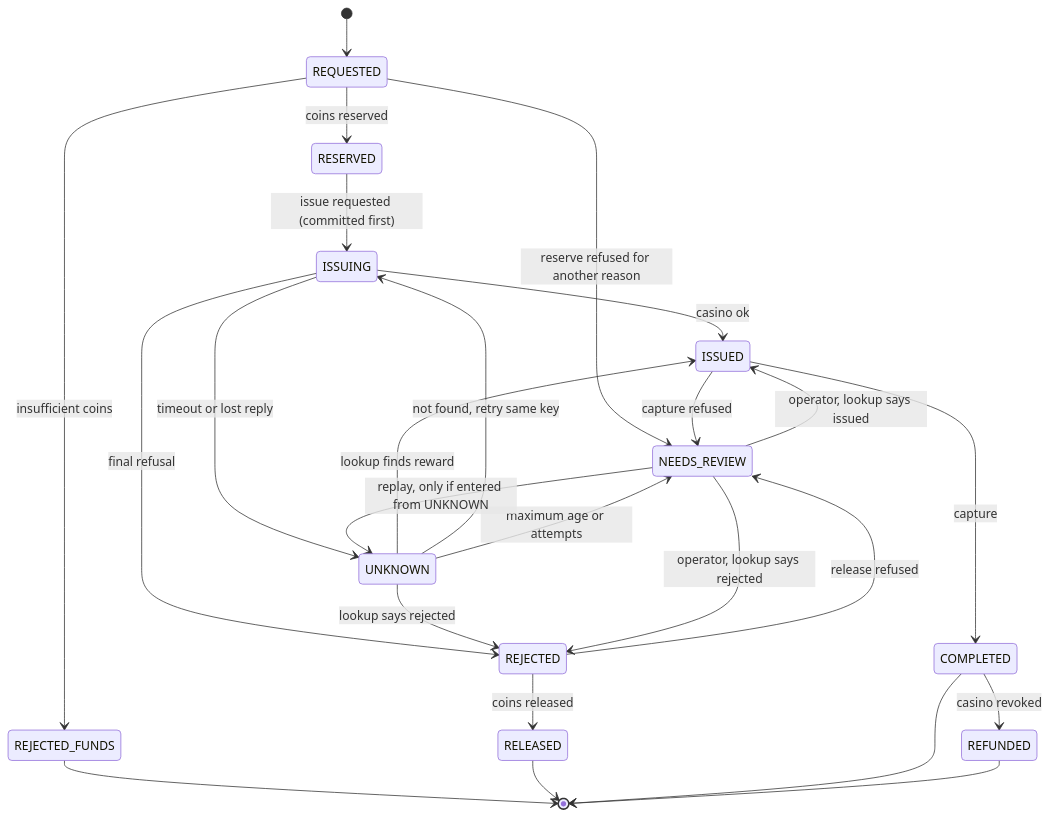
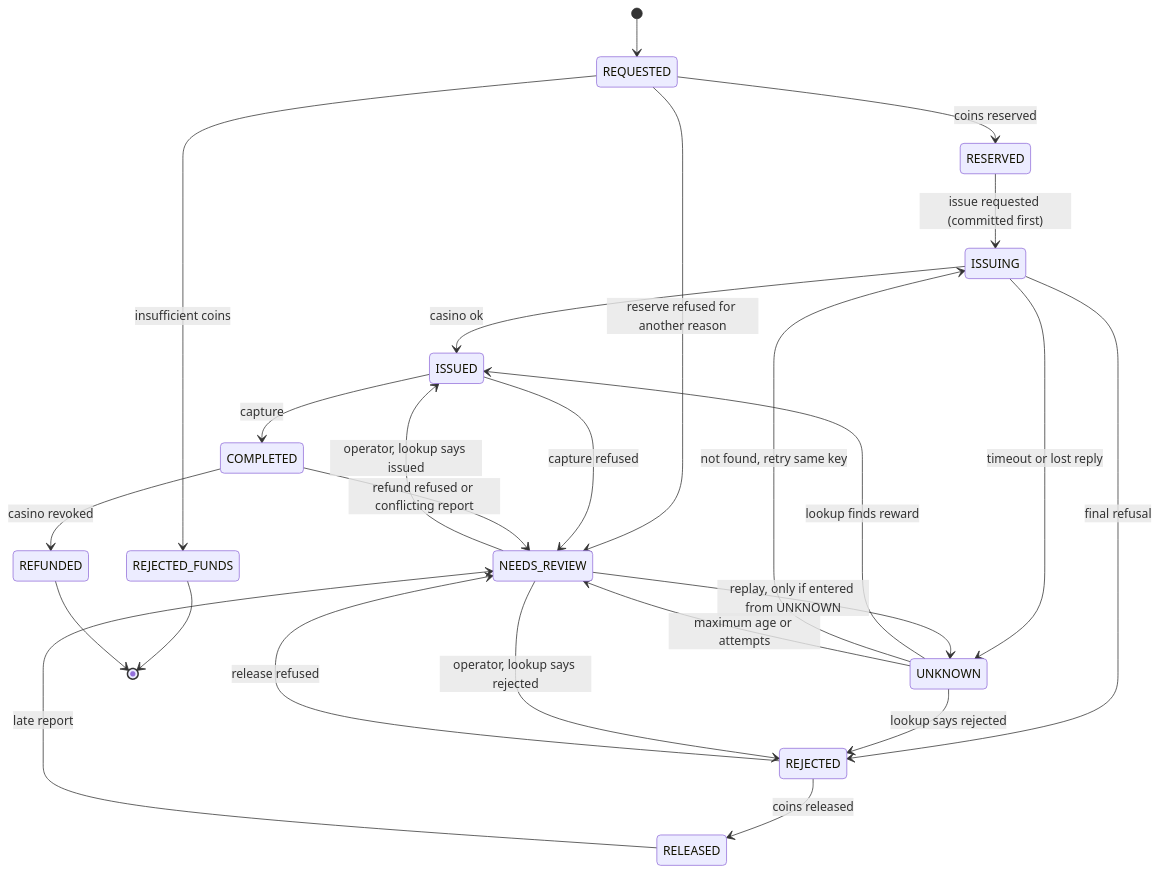
The seventh of 7 diagrams in docs/architecture/README.md (maxml/ex-mio-games), drawn with Mermaid before and after one commit. The commit also changed other lines of this file and 25 other files, not shown here.

First line of the commit message:
docs: rebuild the ERDs from the real schema (identity 13, engagement 15, payments 22 tables) and fix the other diagrams against the code

````diff
--- a/docs/architecture/README.md
+++ b/docs/architecture/README.md
@@ -255,27 +607,27 @@
 ```mermaid
 stateDiagram-v2
   [*] --> REQUESTED
   REQUESTED --> RESERVED: coins reserved
   REQUESTED --> REJECTED_FUNDS: insufficient coins
   REQUESTED --> NEEDS_REVIEW: reserve refused for another reason
   RESERVED --> ISSUING: issue requested (committed first)
   ISSUING --> ISSUED: casino ok
   ISSUING --> UNKNOWN: timeout or lost reply
   ISSUING --> REJECTED: final refusal
   UNKNOWN --> ISSUED: lookup finds reward
   UNKNOWN --> ISSUING: not found, retry same key
   UNKNOWN --> REJECTED: lookup says rejected
   UNKNOWN --> NEEDS_REVIEW: maximum age or attempts
   REJECTED --> RELEASED: coins released
   REJECTED --> NEEDS_REVIEW: release refused
   ISSUED --> COMPLETED: capture
   ISSUED --> NEEDS_REVIEW: capture refused
+  RELEASED --> NEEDS_REVIEW: late report
   COMPLETED --> REFUNDED: casino revoked
+  COMPLETED --> NEEDS_REVIEW: refund refused or conflicting report
   NEEDS_REVIEW --> ISSUED: operator, lookup says issued
   NEEDS_REVIEW --> REJECTED: operator, lookup says rejected
   NEEDS_REVIEW --> UNKNOWN: replay, only if entered from UNKNOWN
   REJECTED_FUNDS --> [*]
-  RELEASED --> [*]
-  COMPLETED --> [*]
   REFUNDED --> [*]
 ```
````
